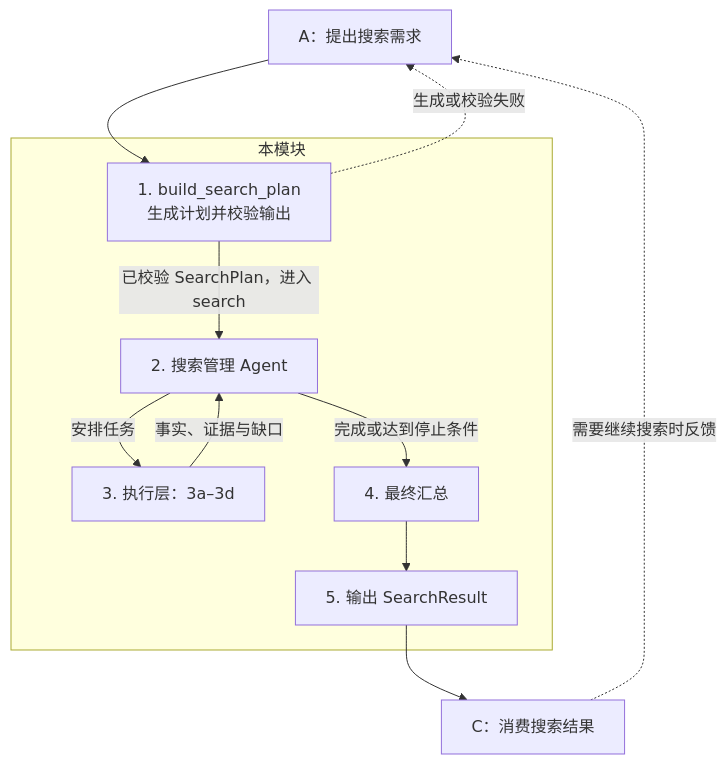
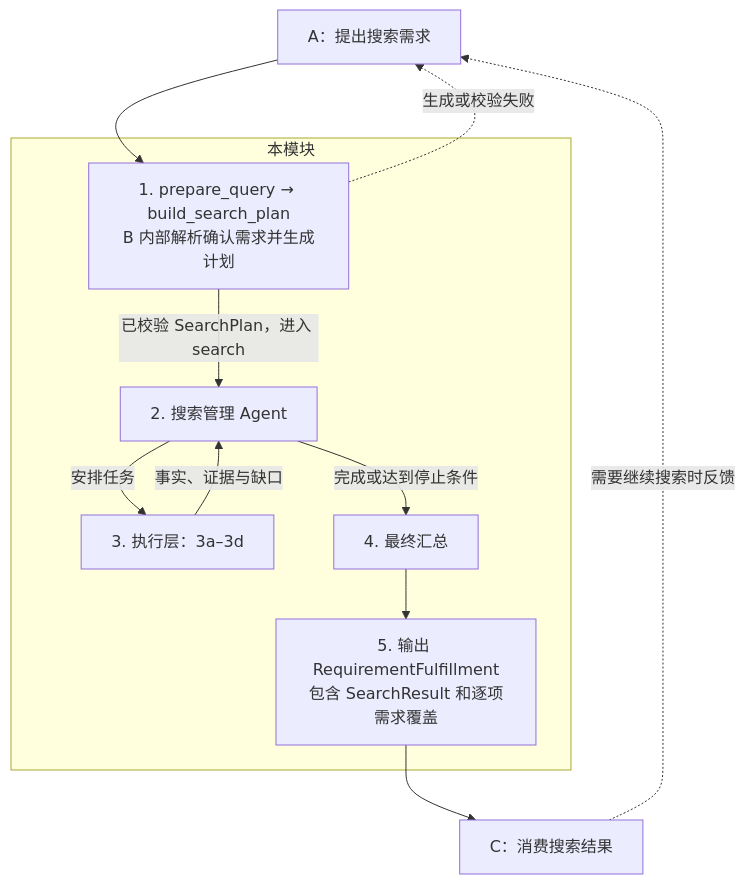
One commit to aksrrtpchsiung-max/Staylah changed the diagram in 模块设计.md. Above: the diagram before and after it, drawn with Mermaid. The commit also changed other lines of this file and 30 other files, not shown here.

````diff
--- a/模块设计.md
+++ b/模块设计.md
@@ -3,14 +3,14 @@
 ```mermaid
 flowchart TD
     A["A：提出搜索需求"] --> P
     subgraph S["本模块"]
-        P["1. build_search_plan<br/>生成计划并校验输出"] -->|已校验 SearchPlan，进入 search| M
+        P["1. prepare_query → build_search_plan<br/>B 内部解析确认需求并生成计划"] -->|已校验 SearchPlan，进入 search| M
         M["2. 搜索管理 Agent"] -->|安排任务| E["3. 执行层：3a–3d"]
         E -->|事实、证据与缺口| M
         M -->|完成或达到停止条件| F["4. 最终汇总"]
-        F --> O["5. 输出 SearchResult"]
+        F --> O["5. 输出 RequirementFulfillment<br/>包含 SearchResult 和逐项需求覆盖"]
     end
     P -.生成或校验失败.-> A
     O --> C["C：消费搜索结果"]
     C -.需要继续搜索时反馈.-> A
 ```
````
